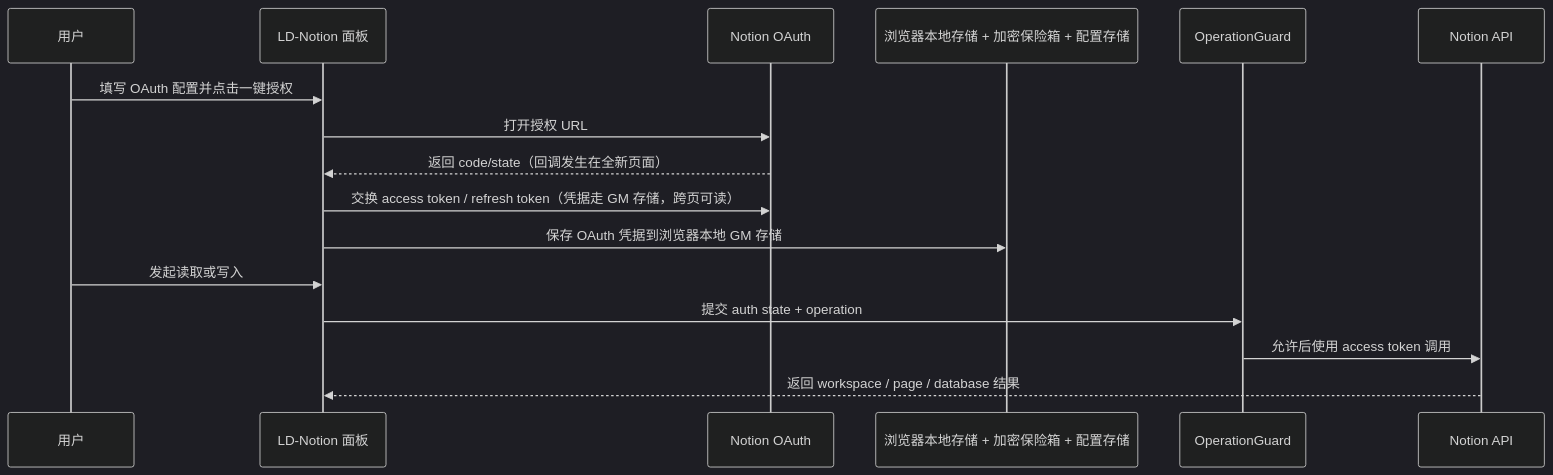
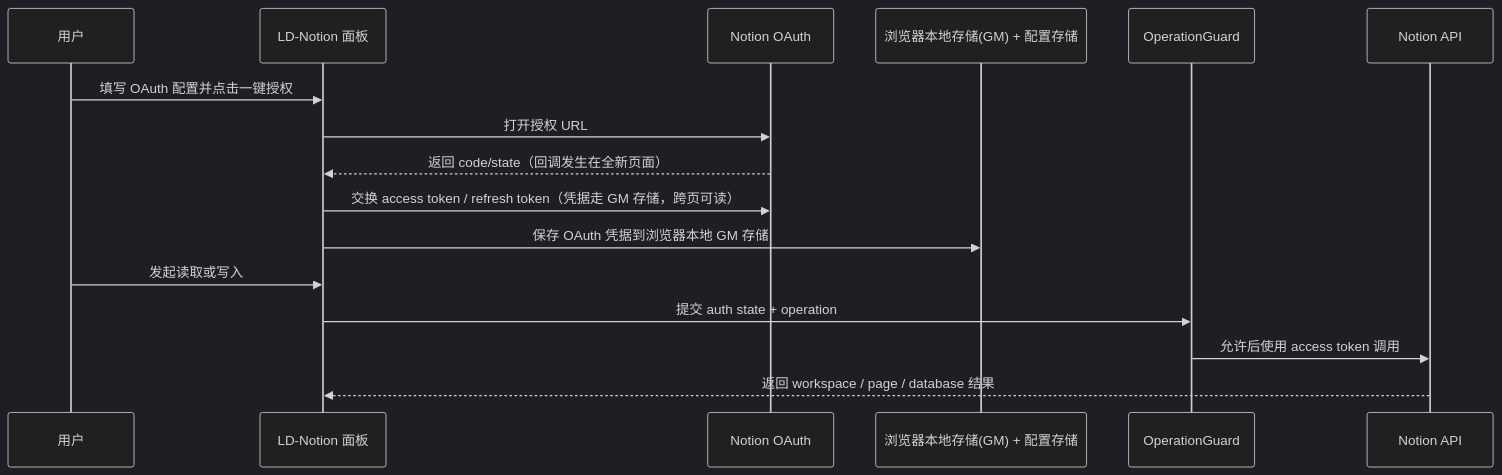
One commit to Smith-106/LD-Notion changed the diagram in docs/concepts/auth-model.md. Above: the diagram before and after it, drawn with Mermaid (dark theme). The commit also changed other lines of this file and 15 other files, not shown here.

````diff
--- a/docs/concepts/auth-model.md
+++ b/docs/concepts/auth-model.md
@@ -32,19 +32,19 @@
 ```mermaid
 sequenceDiagram
   participant User as 用户
   participant Panel as LD-Notion 面板
   participant NotionOAuth as Notion OAuth
-  participant Store as 浏览器本地存储 + 加密保险箱 + 配置存储
+  participant Store as 浏览器本地存储(GM) + 配置存储
   participant Guard as OperationGuard
   participant API as Notion API
 
   User->>Panel: 填写 OAuth 配置并点击一键授权
   Panel->>NotionOAuth: 打开授权 URL
   NotionOAuth-->>Panel: 返回 code/state（回调发生在全新页面）
   Panel->>NotionOAuth: 交换 access token / refresh token（凭据走 GM 存储，跨页可读）
   Panel->>Store: 保存 OAuth 凭据到浏览器本地 GM 存储
   User->>Panel: 发起读取或写入
   Panel->>Guard: 提交 auth state + operation
   Guard->>API: 允许后使用 access token 调用
   API-->>Panel: 返回 workspace / page / database 结果
 ```
````
